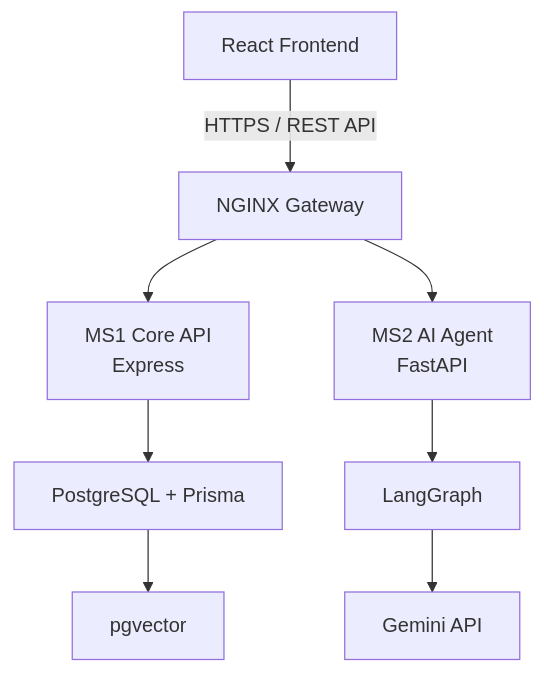
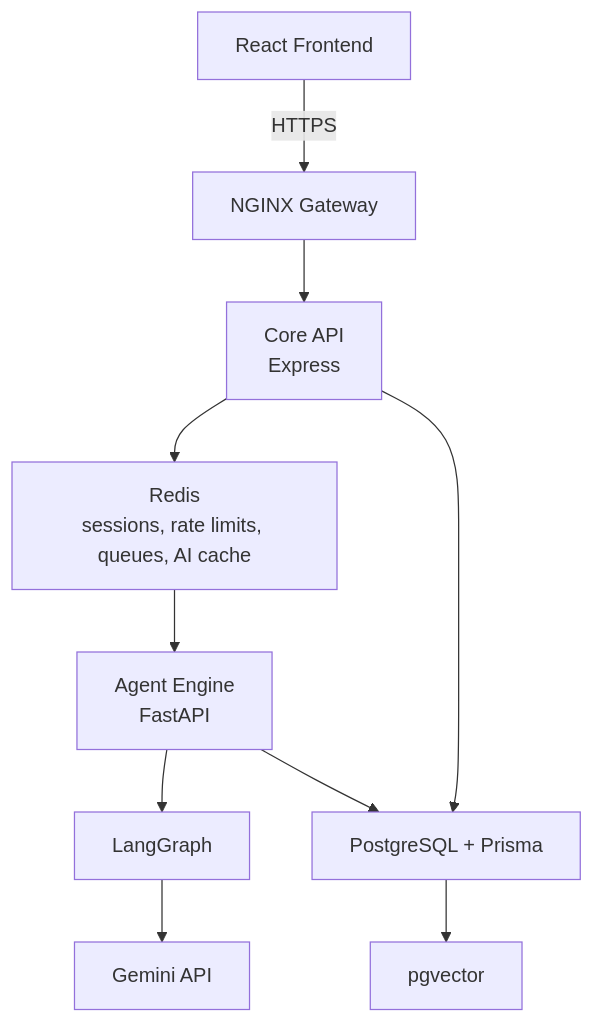
Before and after one commit to ravizf/Lumify: the first of 2 diagrams in docs/architecture.md, drawn with Mermaid. The commit also changed other lines of this file and 4 other files, not shown here.

````diff
--- a/docs/architecture.md
+++ b/docs/architecture.md
@@ -6,10 +7,12 @@
 ```mermaid
 flowchart TD
-  A[React Frontend] -->|HTTPS / REST API| B[NGINX Gateway]
-  B --> C[MS1 Core API<br/>Express]
-  B --> D[MS2 AI Agent<br/>FastAPI]
-  D --> E[LangGraph]
-  E --> F[Gemini API]
-  C --> G[PostgreSQL + Prisma]
-  G --> H[pgvector]
+  A[React Frontend] -->|HTTPS| B[NGINX Gateway]
+  B --> C[Core API<br/>Express]
+  C --> D[Redis<br/>sessions, rate limits, queues, AI cache]
+  D --> E[Agent Engine<br/>FastAPI]
+  E --> F[LangGraph]
+  F --> G[Gemini API]
+  C --> H[PostgreSQL + Prisma]
+  H --> I[pgvector]
+  E --> H
 ```
````
